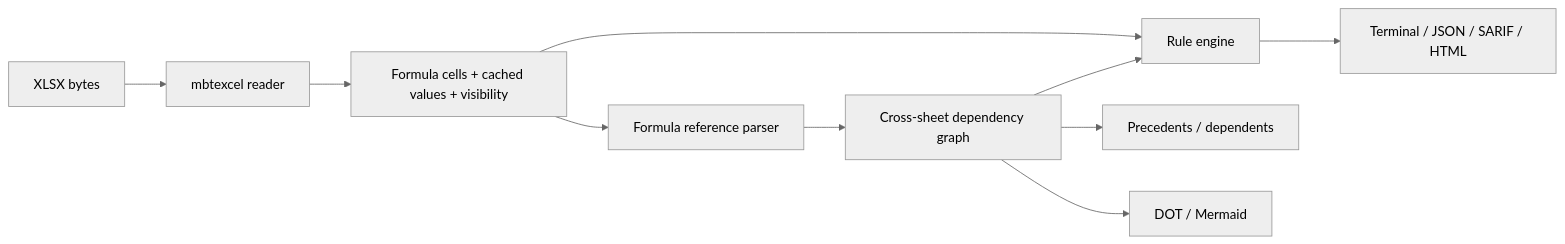
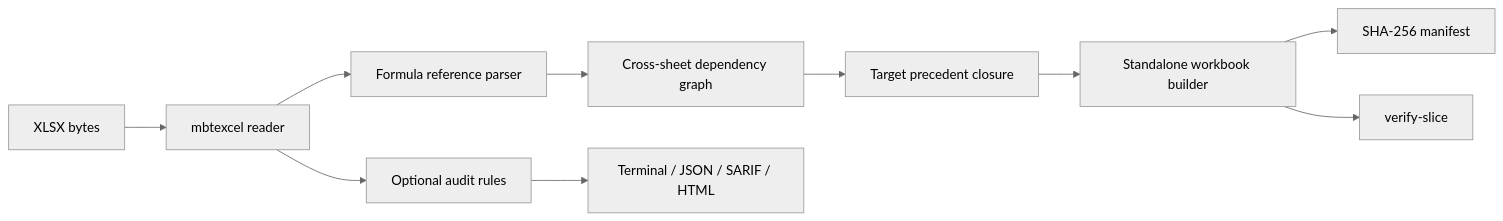
Before and after one commit to mhlagent/sheetsentry: the diagram in docs/application.md, drawn with Mermaid (neutral theme). The commit also changed other lines of this file and 9 other files, not shown here.

````diff
--- a/docs/application.md
+++ b/docs/application.md
@@ -117,12 +128,12 @@
 ```mermaid
 flowchart LR
   XLSX[XLSX bytes] --> Reader[mbtexcel reader]
-  Reader --> Cells[Formula cells + cached values + visibility]
-  Cells --> Refs[Formula reference parser]
+  Reader --> Refs[Formula reference parser]
   Refs --> Graph[Cross-sheet dependency graph]
-  Graph --> Rules[Rule engine]
-  Cells --> Rules
-  Rules --> Report[Terminal / JSON / SARIF / HTML]
-  Graph --> Trace[Precedents / dependents]
-  Graph --> Export[DOT / Mermaid]
+  Graph --> Closure[Target precedent closure]
+  Closure --> Slice[Standalone workbook builder]
+  Slice --> Manifest[SHA-256 manifest]
+  Slice --> Verify[verify-slice]
+  Reader --> Audit[Optional audit rules]
+  Audit --> Report[Terminal / JSON / SARIF / HTML]
 ```
````
